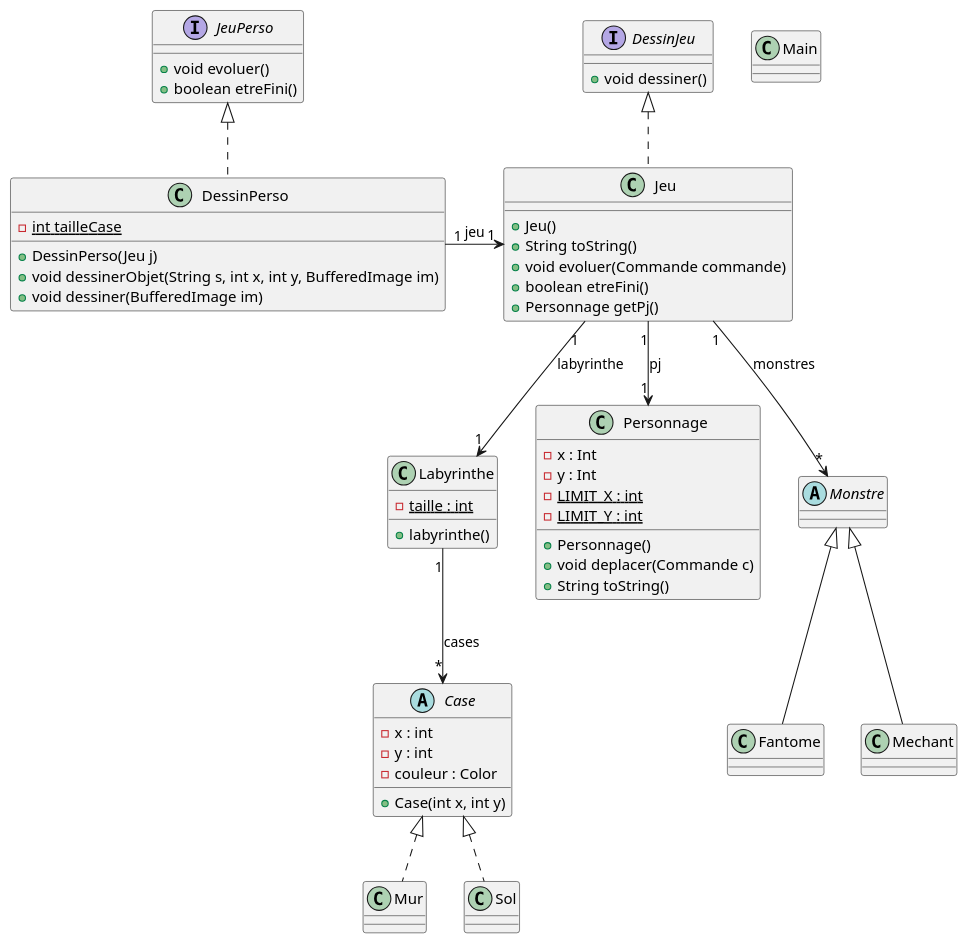
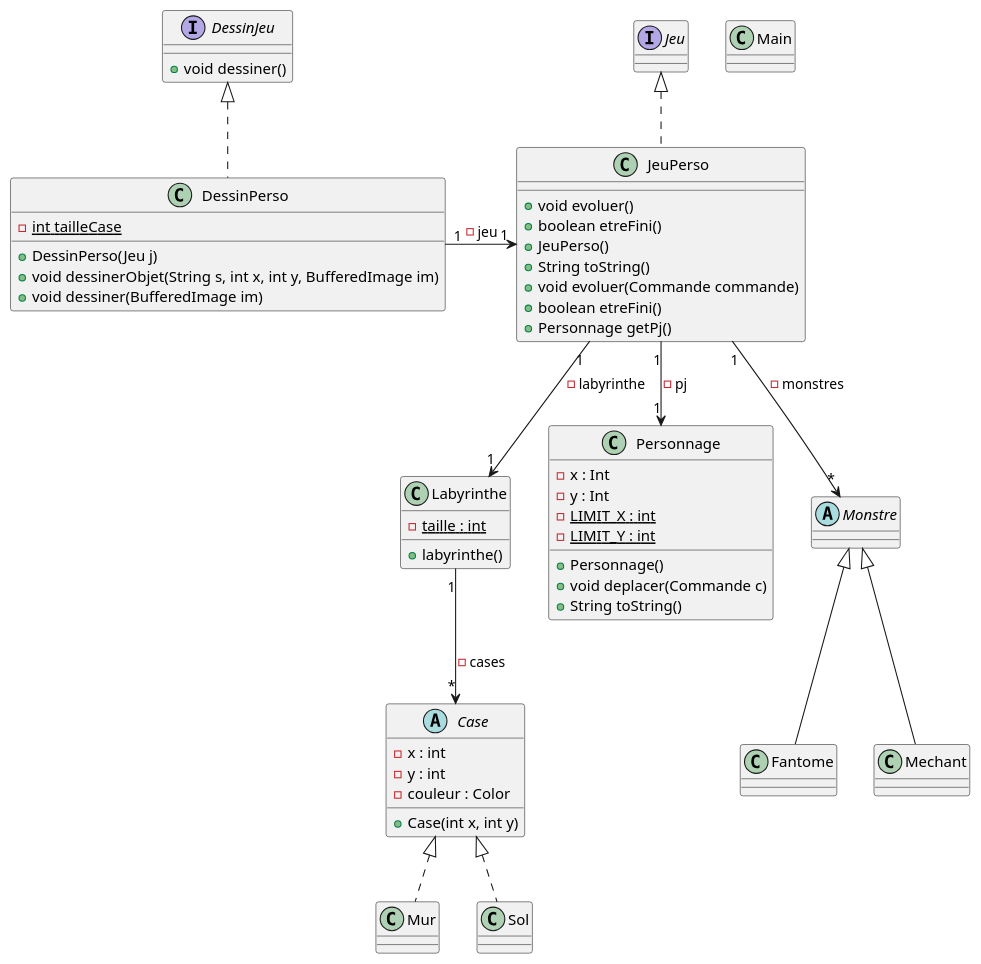
The diagram in documents/version3/diagramme.puml (MichelGrolet/2d-game), drawn with PlantUML before and after one commit.

Commit message:
maj diagramme

```diff
--- a/documents/version3/diagramme.puml
+++ b/documents/version3/diagramme.puml
@@ -1,66 +1,66 @@
 @startuml
 
 class Main {}
 
 class Labyrinthe {
     - {static} taille : int
     + labyrinthe()
 }
-Labyrinthe "1" --> "*" Case : cases
+Labyrinthe "1" --> "*" Case : - cases
 
 abstract class Case {
     - x : int
     - y : int
     - couleur : Color
     + Case(int x, int y)
 }
 
 class Mur implements Case {}
 
 class Sol implements Case {}
 
 class Personnage {
     - x : Int
     - y : Int
     - {static} LIMIT_X : int
     - {static} LIMIT_Y : int
     + Personnage()
     + void deplacer(Commande c)
     + String toString()
 }
 
 abstract class Monstre {}
 
 class Fantome extends Monstre {}
 
 class Mechant extends Monstre {}
 
 interface JeuPerso {
     + void evoluer()
     + boolean etreFini()
 }
 
 interface DessinJeu {
     + void dessiner()
 }
 
-class Jeu implements DessinJeu {
-    + Jeu()
+class JeuPerso implements Jeu {
+    + JeuPerso()
     + String toString()
     + void evoluer(Commande commande)
     + boolean etreFini()
     + Personnage getPj()
 }
-Jeu "1" --> "1" Labyrinthe : labyrinthe
-Jeu "1" --> "1" Personnage : pj
-Jeu "1" --> "*" Monstre : monstres
+JeuPerso "1" --> "1" Labyrinthe : - labyrinthe
+JeuPerso "1" --> "1" Personnage : - pj
+JeuPerso "1" --> "*" Monstre : - monstres
 
-class DessinPerso implements JeuPerso {
+class DessinPerso implements DessinJeu {
     - {static} int tailleCase
     + DessinPerso(Jeu j)
     + void dessinerObjet(String s, int x, int y, BufferedImage im)
     + void dessiner(BufferedImage im)
 }
-DessinPerso "1" -> "1" Jeu : jeu
+DessinPerso "1" -> "1" JeuPerso : - jeu
 
 @enduml
```
